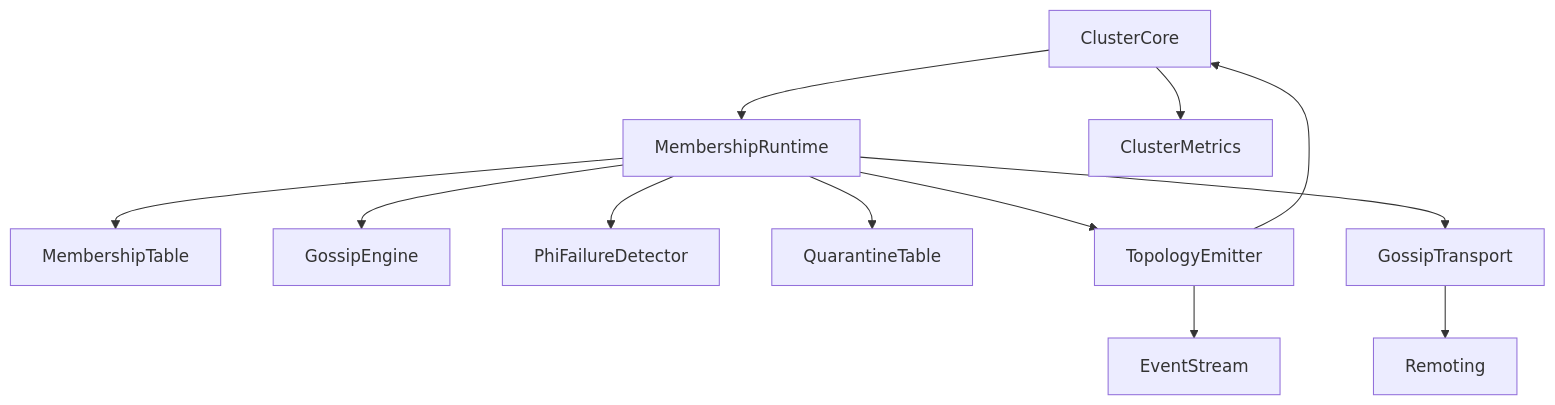
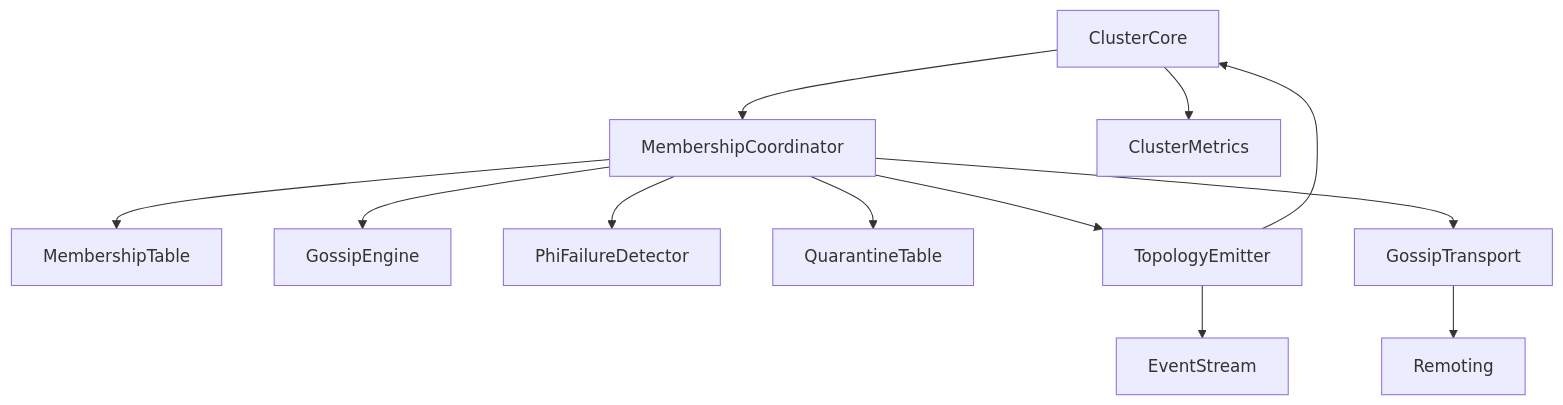
The first of 5 diagrams in .kiro/specs/cluster-membership-gossip-topology/design.md (j5ik2o/fraktor-rs), drawn with Mermaid before and after one commit. The commit also changed other lines of this file, not shown here.

Commit message:
feat: rename MembershipRuntime to MembershipCoordinator for clarity and consistency

````diff
--- a/.kiro/specs/cluster-membership-gossip-topology/design.md
+++ b/.kiro/specs/cluster-membership-gossip-topology/design.md
@@ -29,14 +29,14 @@
 ```mermaid
 graph TB
-  ClusterCore[ClusterCore] --> MembershipRuntime[MembershipRuntime]
-  MembershipRuntime --> MembershipTable[MembershipTable]
-  MembershipRuntime --> GossipEngine[GossipEngine]
-  MembershipRuntime --> FailureDetector[PhiFailureDetector]
-  MembershipRuntime --> QuarantineTable[QuarantineTable]
-  MembershipRuntime --> TopologyEmitter[TopologyEmitter]
+  ClusterCore[ClusterCore] --> MembershipCoordinator[MembershipCoordinator]
+  MembershipCoordinator --> MembershipTable[MembershipTable]
+  MembershipCoordinator --> GossipEngine[GossipEngine]
+  MembershipCoordinator --> FailureDetector[PhiFailureDetector]
+  MembershipCoordinator --> QuarantineTable[QuarantineTable]
+  MembershipCoordinator --> TopologyEmitter[TopologyEmitter]
   TopologyEmitter --> ClusterCore
   TopologyEmitter --> EventStream[EventStream]
-  MembershipRuntime --> GossipTransport[GossipTransport]
+  MembershipCoordinator --> GossipTransport[GossipTransport]
   GossipTransport --> Remoting[Remoting]
   ClusterCore --> ClusterMetrics[ClusterMetrics]
 ```
````
